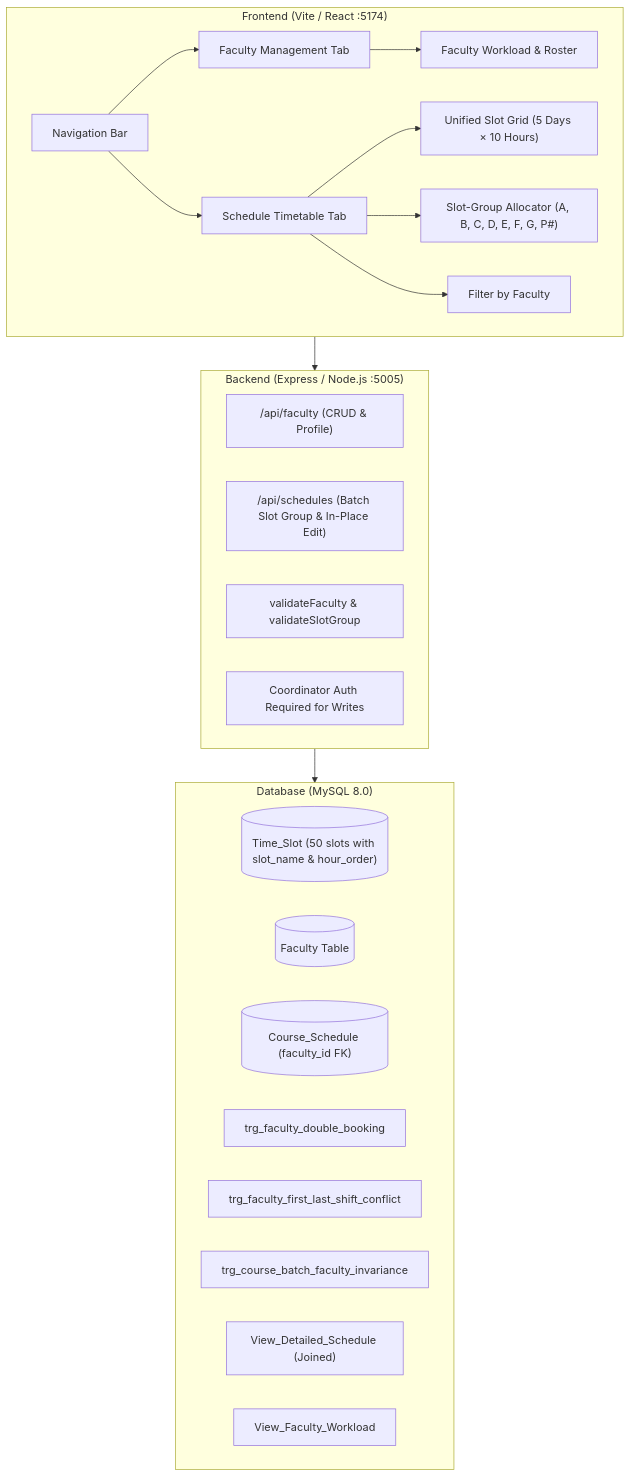
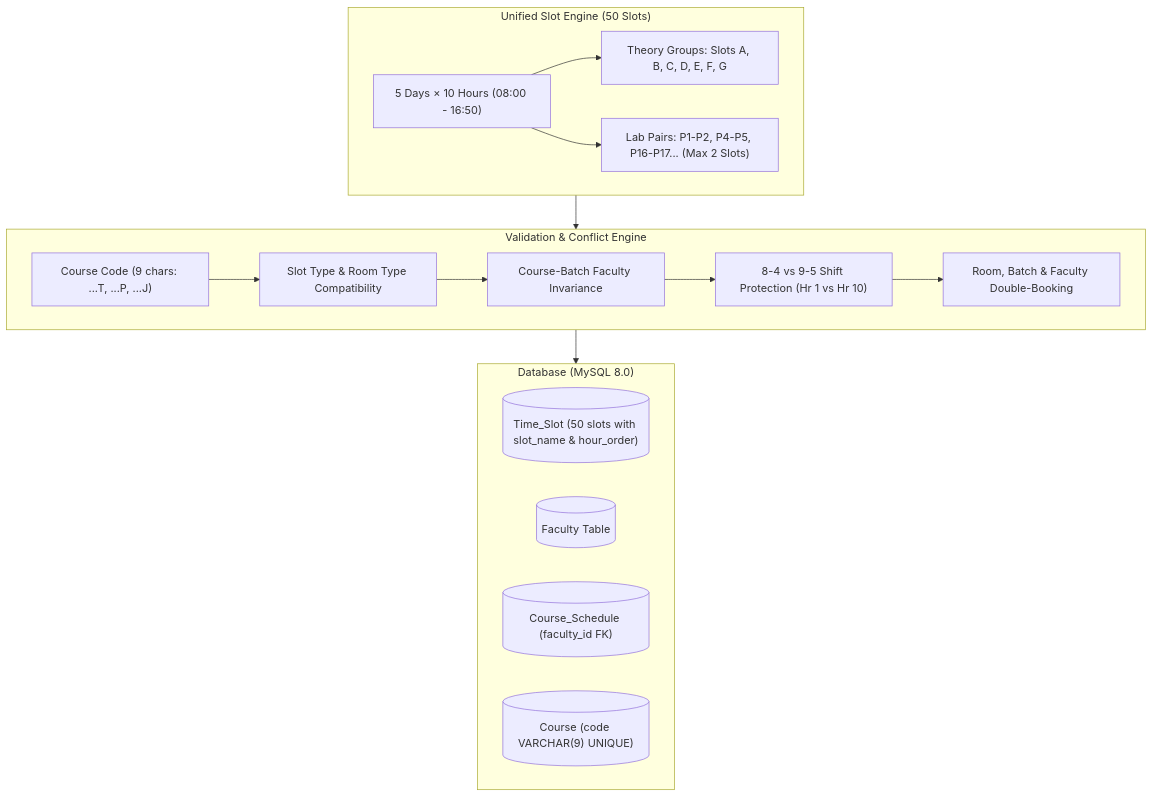
The diagram in implementation_plan_faculty.md (mitheshsuresh17-png/classroomUtilOpSystem), drawn with Mermaid before and after one commit. The commit also changed other lines of this file, not shown here.

Commit message:
updated faculty and time slot grouping implementation plan

````diff
--- a/implementation_plan_faculty.md
+++ b/implementation_plan_faculty.md
@@ -16,32 +21,24 @@
 ```mermaid
 graph TD
-    subgraph UI ["Frontend (Vite / React :5174)"]
-        Nav["Navigation Bar"] --> TabF["Faculty Management Tab"]
-        Nav --> TabS["Schedule Timetable Tab"]
-        TabF --> FWorkload["Faculty Workload & Roster"]
-        TabS --> SlotGrid["Unified Slot Grid (5 Days × 10 Hours)"]
-        TabS --> ClubbedAlloc["Slot-Group Allocator (A, B, C, D, E, F, G, P#)"]
-        TabS --> FFilt["Filter by Faculty"]
+    subgraph GridEngine ["Unified Slot Engine (50 Slots)"]
+        Grid["5 Days × 10 Hours (08:00 - 16:50)"] --> TheoryGrp["Theory Groups: Slots A, B, C, D, E, F, G"]
+        Grid --> LabPairs["Lab Pairs: P1-P2, P4-P5, P16-P17... (Max 2 Slots)"]
     end
 
-    subgraph API ["Backend (Express / Node.js :5005)"]
-        FRoute["/api/faculty (CRUD & Profile)"]
-        SRoute["/api/schedules (Batch Slot Group & In-Place Edit)"]
-        FVal["validateFaculty & validateSlotGroup"]
-        RBAC["Coordinator Auth Required for Writes"]
+    subgraph ConsistencyEngine ["Validation & Conflict Engine"]
+        CodeTax["Course Code (9 chars: ...T, ...P, ...J)"] --> SlotMatch["Slot Type & Room Type Compatibility"]
+        SlotMatch --> Invariance["Course-Batch Faculty Invariance"]
+        Invariance --> ShiftGuard["8-4 vs 9-5 Shift Protection (Hr 1 vs Hr 10)"]
+        ShiftGuard --> DoubleBook["Room, Batch & Faculty Double-Booking"]
     end
 
     subgraph DB ["Database (MySQL 8.0)"]
         TableTS[("Time_Slot (50 slots with slot_name & hour_order)")]
         TableF[("Faculty Table")]
         TableS[("Course_Schedule (faculty_id FK)")]
-        Trig1["trg_faculty_double_booking"]
-        Trig2["trg_faculty_first_last_shift_conflict"]
-        Trig3["trg_course_batch_faculty_invariance"]
-        ViewS["View_Detailed_Schedule (Joined)"]
-        ViewW["View_Faculty_Workload"]
+        TableC[("Course (code VARCHAR(9) UNIQUE)")]
     end
 
-    UI --> API
-    API --> DB
+    GridEngine --> ConsistencyEngine
+    ConsistencyEngine --> DB
 ```
````
